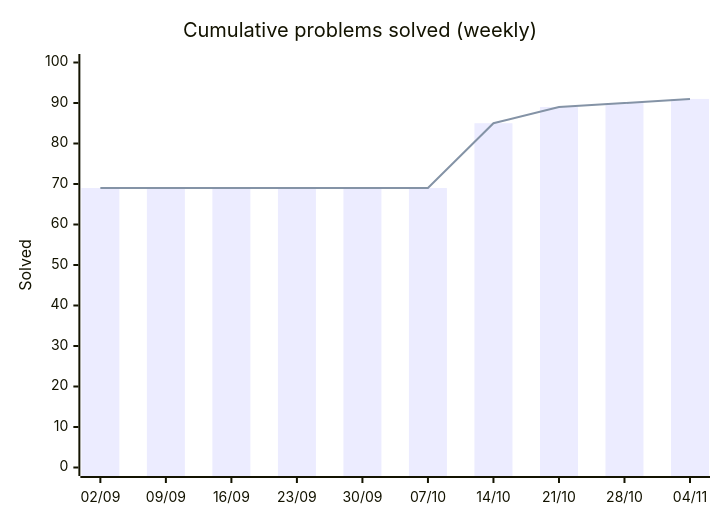
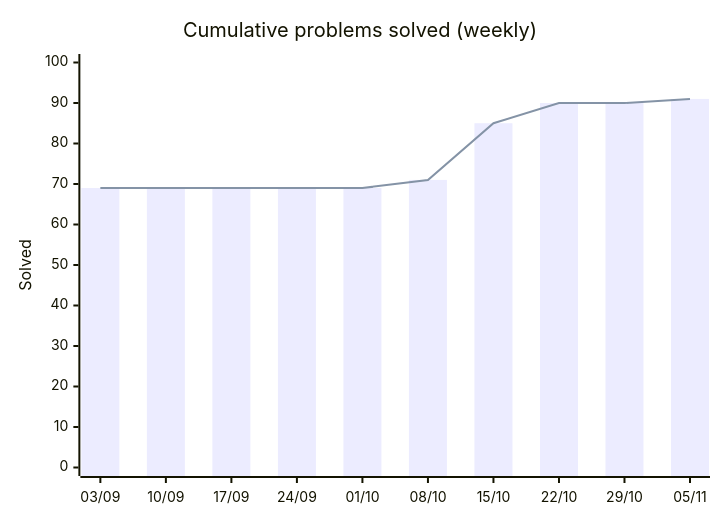
The first of 2 diagrams in README.md (HarryTrn/TensorTonic-Solutions), drawn with Mermaid before and after one commit. The commit also changed other lines of this file, not shown here.

Commit message:
docs: auto-update README [skip ci]

````diff
--- a/README.md
+++ b/README.md
@@ -65,8 +65,8 @@
 ```mermaid
 xychart-beta
     title "Cumulative problems solved (weekly)"
-    x-axis ["02/09", "09/09", "16/09", "23/09", "30/09", "07/10", "14/10", "21/10", "28/10", "04/11"]
+    x-axis ["03/09", "10/09", "17/09", "24/09", "01/10", "08/10", "15/10", "22/10", "29/10", "05/11"]
     y-axis "Solved" 0 --> 100
-    bar [69, 69, 69, 69, 69, 69, 85, 89, 90, 91]
-    line [69, 69, 69, 69, 69, 69, 85, 89, 90, 91]
+    bar [69, 69, 69, 69, 69, 71, 85, 90, 90, 91]
+    line [69, 69, 69, 69, 69, 71, 85, 90, 90, 91]
 ```
````
